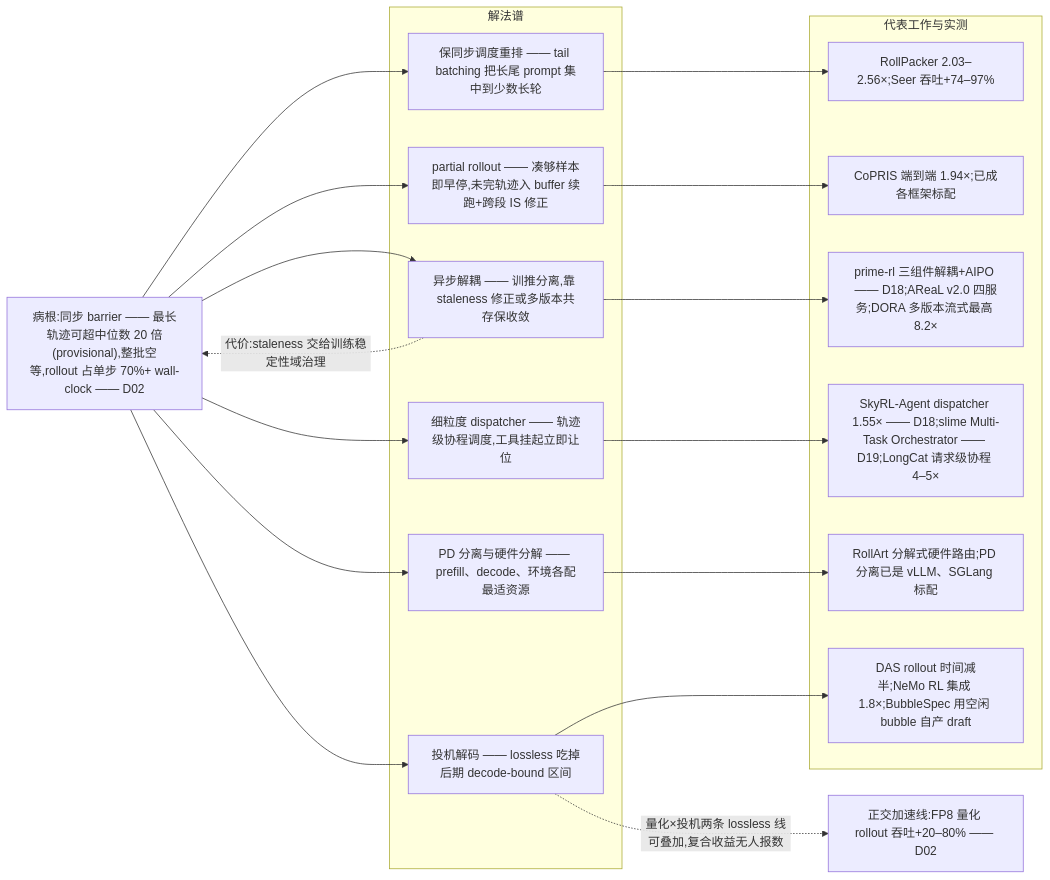
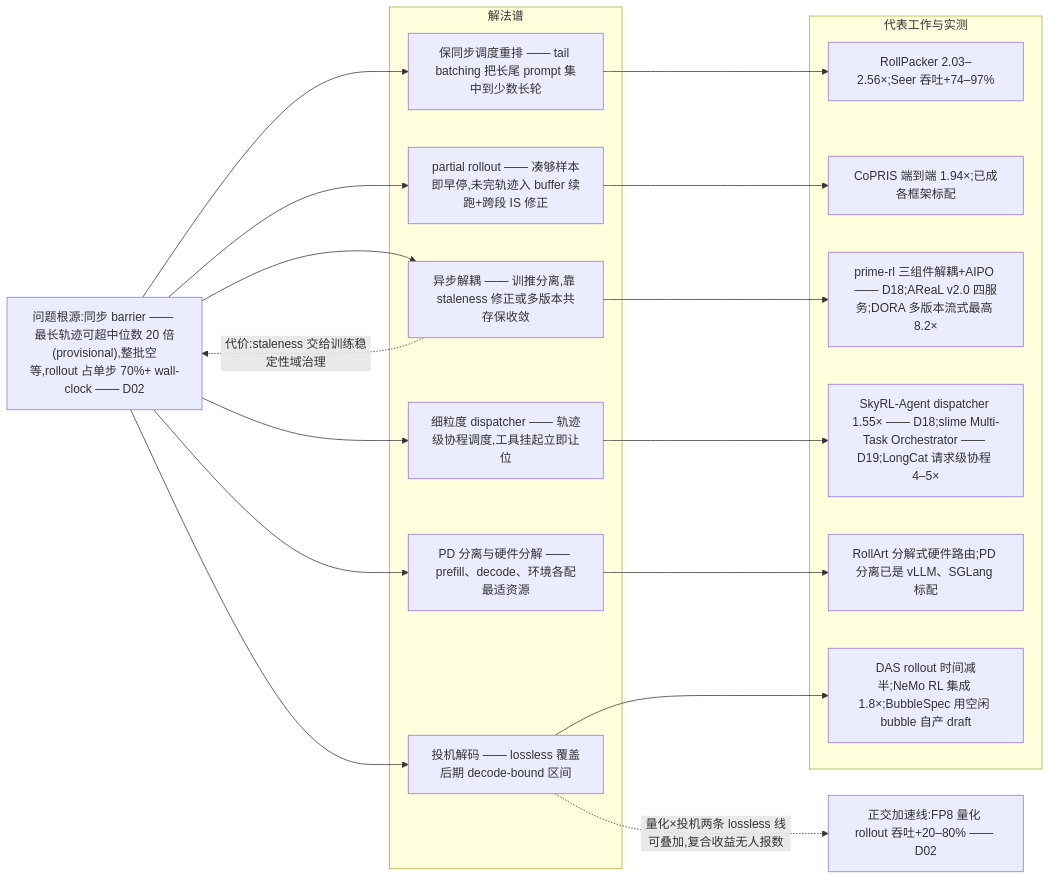
Before and after one commit to lloo099/mission44: the second of 5 diagrams in docs/blog/dispatch-23-agentic-rl-problem-map.md, drawn with Mermaid. The commit also changed other lines of this file and 22 other files, not shown here.

````diff
--- a/docs/blog/dispatch-23-agentic-rl-problem-map.md
+++ b/docs/blog/dispatch-23-agentic-rl-problem-map.md
@@ -96,33 +96,33 @@
 ```mermaid
 flowchart LR
-    P["病根:同步 barrier —— 最长轨迹可超中位数 20 倍(provisional),整批空等,rollout 占单步 70%+ wall-clock —— D02"]
+    P["问题根源:同步 barrier —— 最长轨迹可超中位数 20 倍(provisional),整批空等,rollout 占单步 70%+ wall-clock —— D02"]
 
     subgraph SOL ["解法谱"]
         S1["保同步调度重排 —— tail batching 把长尾 prompt 集中到少数长轮"]
         S2["partial rollout —— 凑够样本即早停,未完轨迹入 buffer 续跑+跨段 IS 修正"]
         S3["异步解耦 —— 训推分离,靠 staleness 修正或多版本共存保收敛"]
         S4["细粒度 dispatcher —— 轨迹级协程调度,工具挂起立即让位"]
         S5["PD 分离与硬件分解 —— prefill、decode、环境各配最适资源"]
-        S6["投机解码 —— lossless 吃掉后期 decode-bound 区间"]
+        S6["投机解码 —— lossless 覆盖后期 decode-bound 区间"]
     end
 
     subgraph REP ["代表工作与实测"]
         R1["RollPacker 2.03–2.56×;Seer 吞吐+74–97%"]
         R2["CoPRIS 端到端 1.94×;已成各框架标配"]
         R3["prime-rl 三组件解耦+AIPO —— D18;AReaL v2.0 四服务;DORA 多版本流式最高 8.2×"]
         R4["SkyRL-Agent dispatcher 1.55× —— D18;slime Multi-Task Orchestrator —— D19;LongCat 请求级协程 4–5×"]
         R5["RollArt 分解式硬件路由;PD 分离已是 vLLM、SGLang 标配"]
         R6["DAS rollout 时间减半;NeMo RL 集成 1.8×;BubbleSpec 用空闲 bubble 自产 draft"]
     end
 
     P --> S1 --> R1
     P --> S2 --> R2
     P --> S3 --> R3
     P --> S4 --> R4
     P --> S5 --> R5
     P --> S6 --> R6
 
     Q["正交加速线:FP8 量化 rollout 吞吐+20–80% —— D02"]
     S6 -. "量化×投机两条 lossless 线可叠加,复合收益无人报数" .-> Q
     S3 -. "代价:staleness 交给训练稳定性域治理" .-> P
 ```
````
